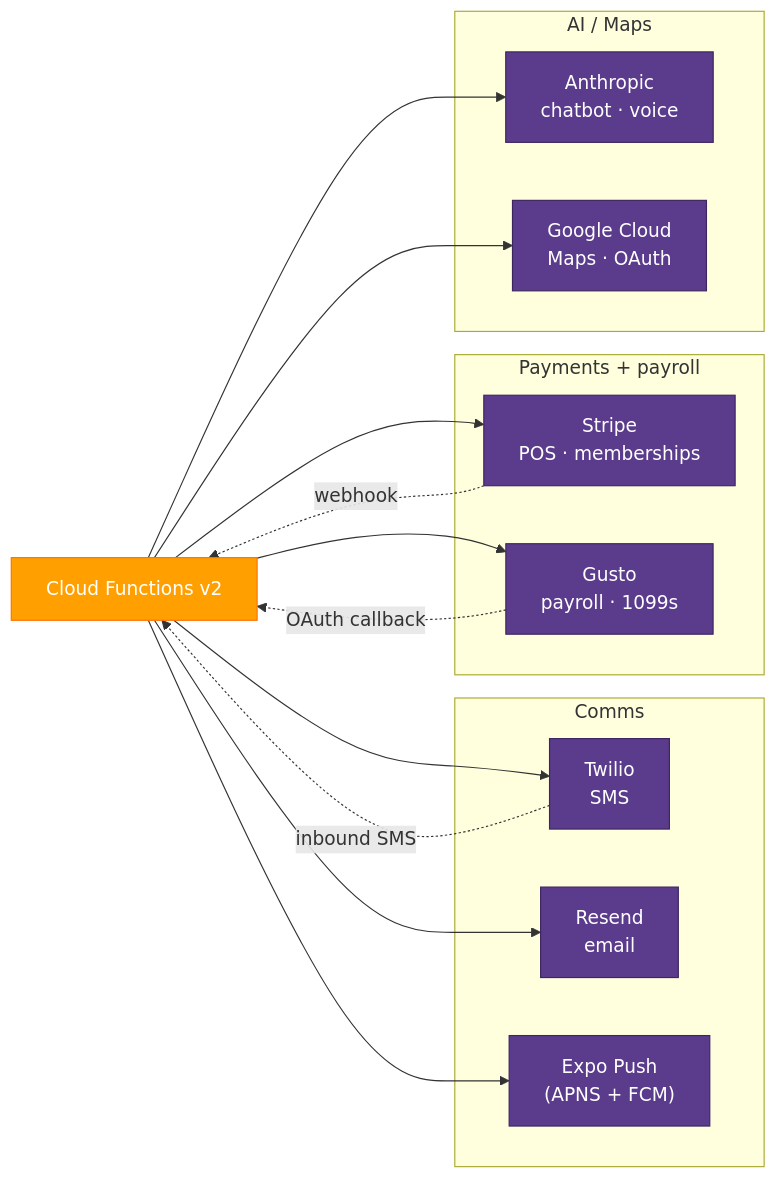
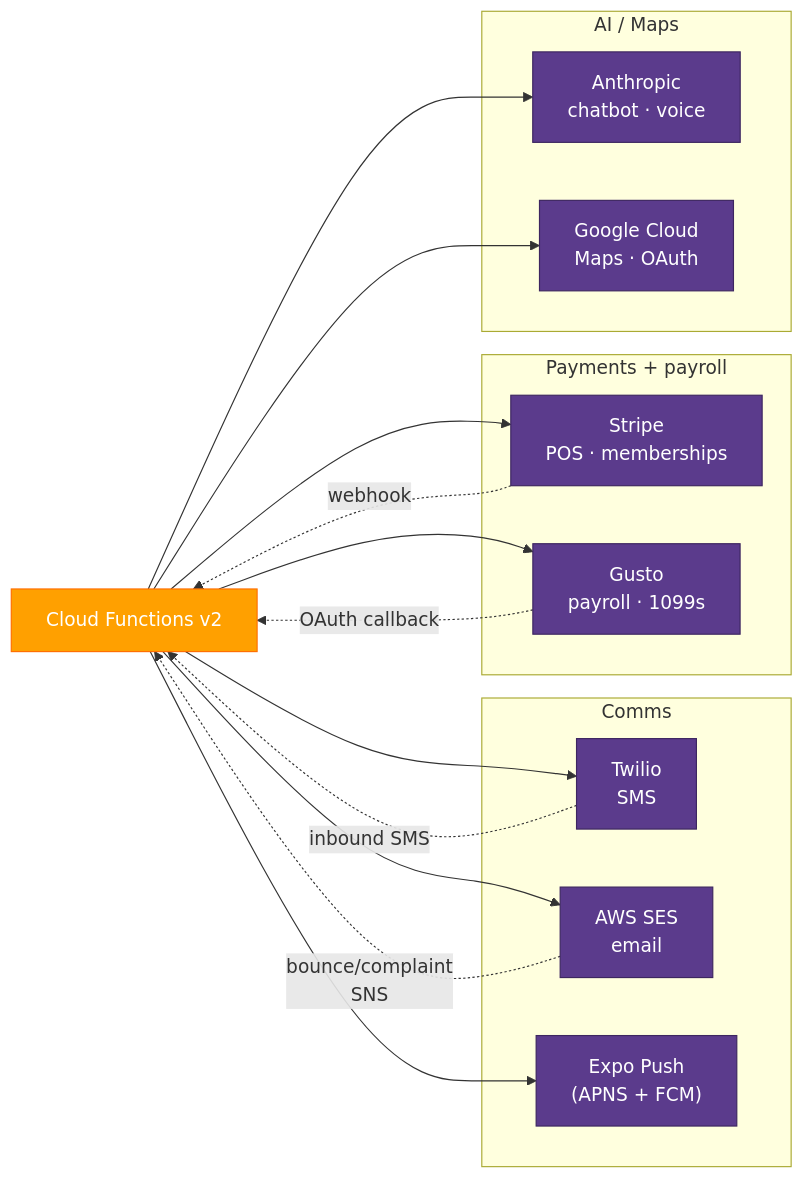
Before and after one commit to vankimj/meraki-salon-manager: the second of 12 diagrams in ARCHITECTURE.md, drawn with Mermaid. The commit also changed other lines of this file and 17 other files, not shown here.

First line of the commit message:
Decommission Resend; SES is the only email provider

````diff
--- a/ARCHITECTURE.md
+++ b/ARCHITECTURE.md
@@ -50,37 +50,39 @@
 ```mermaid
 graph LR
     Funcs["Cloud Functions v2"]
 
     subgraph Comms["Comms"]
         Twilio["Twilio<br/>SMS"]
-        Resend["Resend<br/>email"]
+        SES["AWS SES<br/>email"]
         Expo["Expo Push<br/>(APNS + FCM)"]
     end
 
     subgraph Payments["Payments + payroll"]
         Stripe["Stripe<br/>POS · memberships"]
         Gusto["Gusto<br/>payroll · 1099s"]
     end
 
     subgraph AI["AI / Maps"]
         Anthropic["Anthropic<br/>chatbot · voice"]
         Google["Google Cloud<br/>Maps · OAuth"]
     end
 
     Funcs --> Twilio
-    Funcs --> Resend
+    Funcs --> SES
     Funcs --> Expo
+
+    SES -.->|bounce/complaint<br/>SNS| Funcs
     Funcs --> Stripe
     Funcs --> Gusto
     Funcs --> Anthropic
     Funcs --> Google
 
     Stripe -.->|webhook| Funcs
     Twilio -.->|inbound SMS| Funcs
     Gusto -.->|OAuth callback| Funcs
 
     classDef firebase fill:#FFA000,stroke:#FF6F00,color:#fff
     classDef external fill:#5b3b8c,stroke:#3d2660,color:#fff
     class Funcs firebase
-    class Twilio,Resend,Expo,Stripe,Gusto,Anthropic,Google external
+    class Twilio,SES,Expo,Stripe,Gusto,Anthropic,Google external
 ```
````
